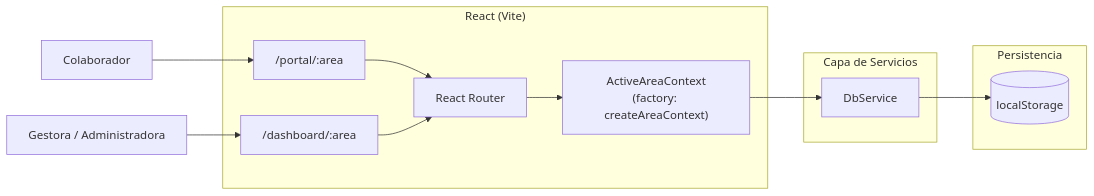
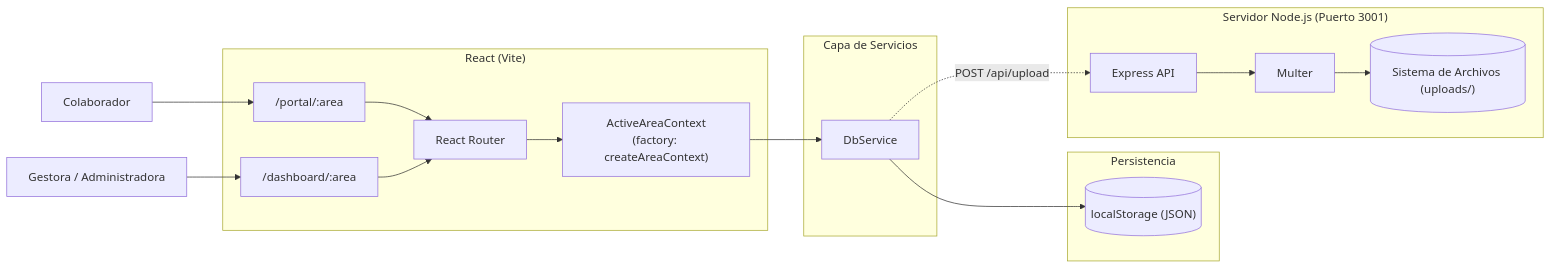
The diagram in docs/ARCHITECTURE.md (juanpa48/gestor), drawn with Mermaid before and after one commit. The commit also changed other lines of this file and 2 other files, not shown here.

Commit message:
docs: actualizar diagramas de arquitectura, especificaciones tecnicas y dependencias con el nuevo backend de adjuntos y prefijos de tickets

````diff
--- a/docs/ARCHITECTURE.md
+++ b/docs/ARCHITECTURE.md
@@ -20,26 +20,35 @@
 ```mermaid
 flowchart LR
     U1["Colaborador"] --> P["/portal/:area"]
     U2["Gestora / Administradora"] --> D["/dashboard/:area"]
 
     subgraph Frontend["React (Vite)"]
         P
         D
         R["React Router"]
         CTX["ActiveAreaContext\n(factory: createAreaContext)"]
     end
 
     subgraph Services["Capa de Servicios"]
         S["DbService"]
     end
 
     subgraph Storage["Persistencia"]
-        LS[("localStorage")]
+        LS[("localStorage (JSON)")]
+    end
+
+    subgraph Backend["Servidor Node.js (Puerto 3001)"]
+        EX["Express API"]
+        MU["Multer"]
+        FS[("Sistema de Archivos (uploads/)")]
     end
 
     P --> R
     D --> R
     R --> CTX
     CTX --> S
     S --> LS
+    S -. "POST /api/upload" .-> EX
+    EX --> MU
+    MU --> FS
 ```
````
